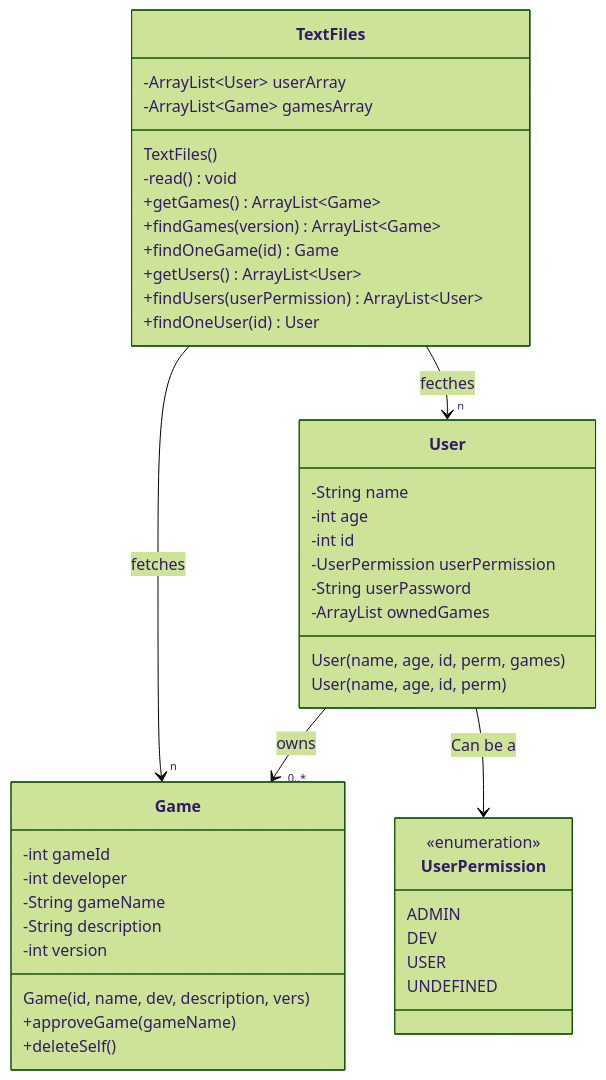
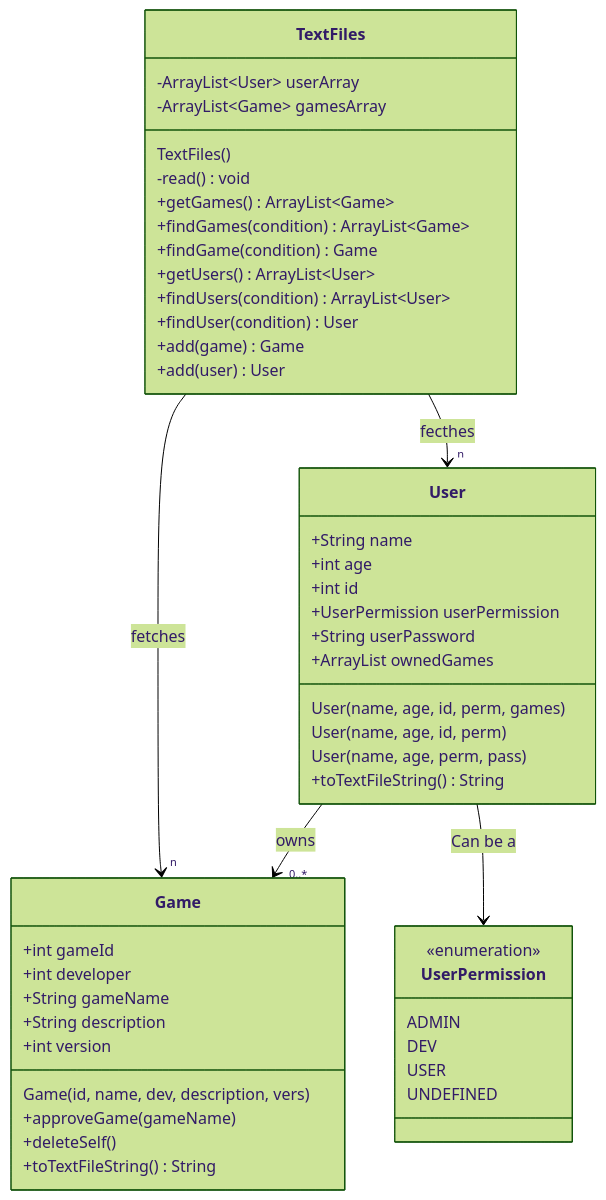
One commit to Trinityhouse-Glenvista/practical-assessment-task-yetnt changed the first of 2 diagrams in README.md. Above: the diagram before and after it, drawn with Mermaid (forest theme). The commit also changed other lines of this file and 1 other file, not shown here.

````diff
--- a/README.md
+++ b/README.md
@@ -9,52 +9,57 @@
 ```mermaid
 classDiagram
 
 class User {
-    -String name
-    -int age
-    -int id
-    -UserPermission userPermission
-    -String userPassword
-    -ArrayList<Integer> ownedGames
+    +String name
+    +int age
+    +int id
+    +UserPermission userPermission
+    +String userPassword
+    +ArrayList<Integer> ownedGames
     User(name, age, id, perm, games)
     User(name, age, id, perm)
+    User(name, age, perm, pass)
+    +toTextFileString() String
 }
 
 class UserPermission{
     <<enumeration>>
     ADMIN
     DEV
     USER
     UNDEFINED
 }
 
 class Game {
-    -int gameId
-    -int developer
-    -String gameName
-    -String description
-    -int version
+    +int gameId
+    +int developer
+    +String gameName
+    +String description
+    +int version
     Game(id, name, dev, description, vers)
     +approveGame(gameName)
     +deleteSelf()
+    +toTextFileString() String
 }
 
 class TextFiles {
     -ArrayList~User~ userArray
     -ArrayList~Game~ gamesArray
     TextFiles()
     -read() void
     +getGames() ArrayList~Game~
-    +findGames(version) ArrayList~Game~
-    +findOneGame(id) Game
+    +findGames(condition) ArrayList~Game~
+    +findGame(condition) Game
     +getUsers() ArrayList~User~
-    +findUsers(userPermission) ArrayList~User~
-    +findOneUser(id) User
+    +findUsers(condition) ArrayList~User~
+    +findUser(condition) User
+    +add(game) Game
+    +add(user) User
 }
 
 TextFiles --> "n" Game : fetches
 TextFiles --> "n" User :  fecthes
 User --> UserPermission : Can be a
 User --> "0..*" Game : owns
 
 ```
````
